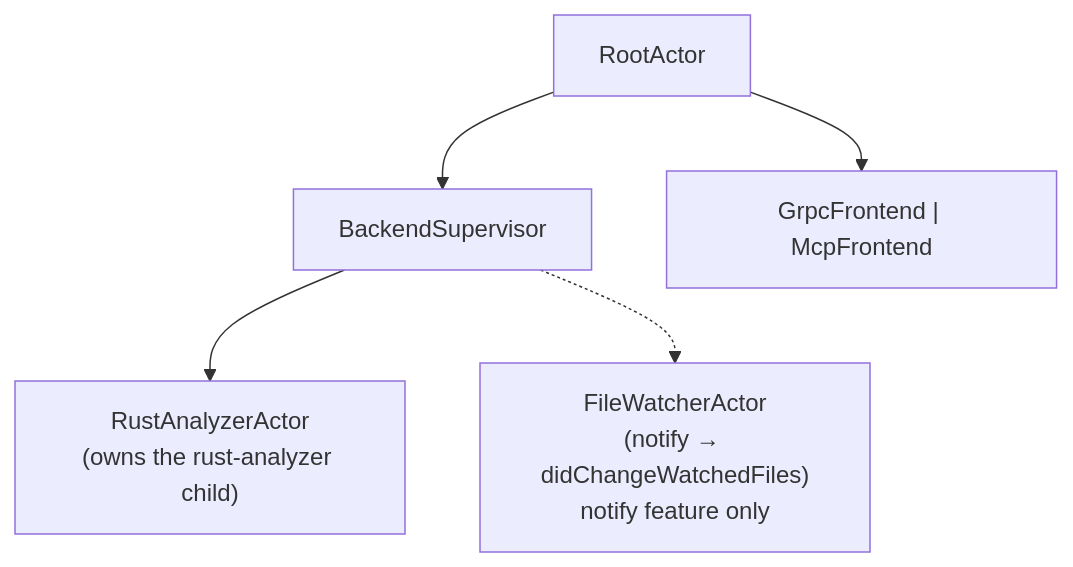
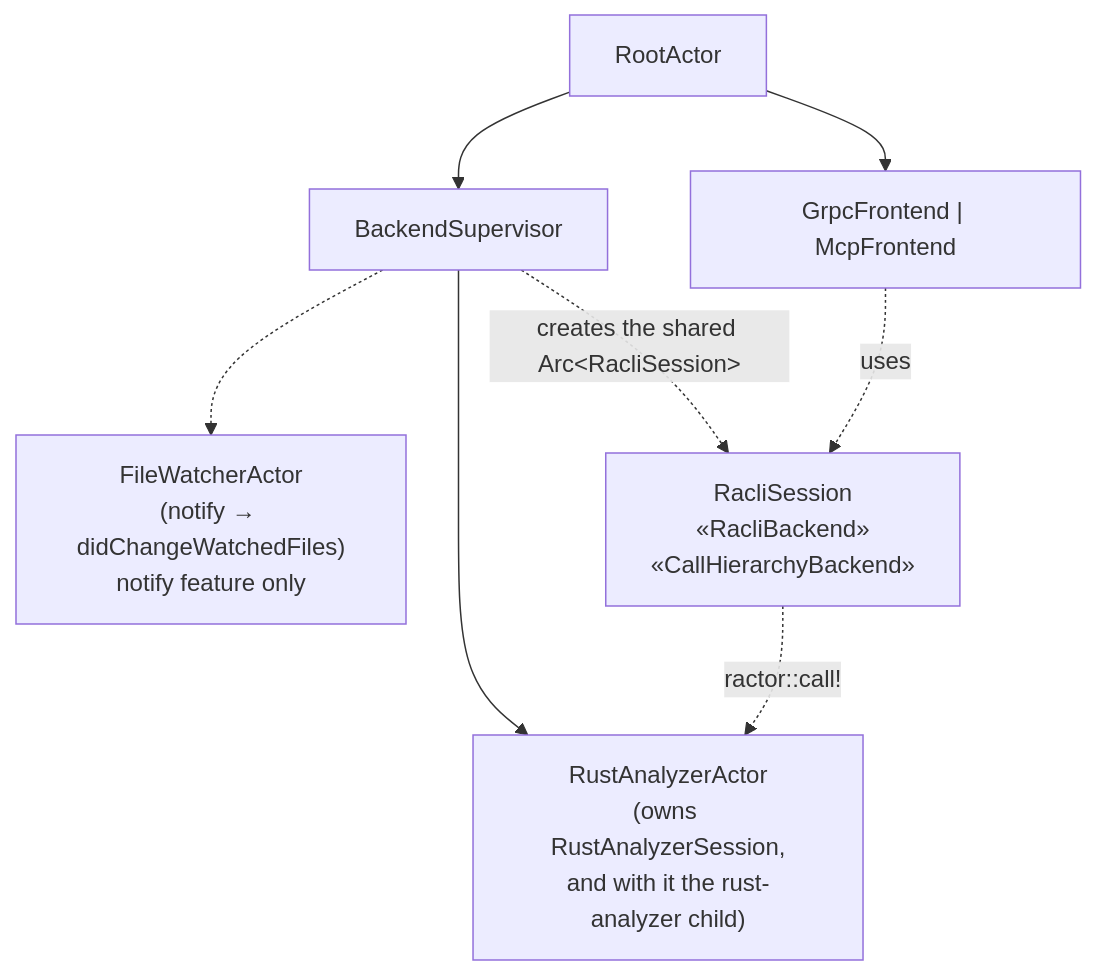
Before and after one commit to aisrael/racli: the sixth of 6 diagrams in docs/high-level-architecture.md, drawn with Mermaid. The commit also changed other lines of this file, not shown here.

First line of the commit message:
Add a main()-to-rust-analyzer diagram to the architecture doc

````diff
--- a/docs/high-level-architecture.md
+++ b/docs/high-level-architecture.md
@@ -92,7 +128,10 @@
 ```mermaid
 flowchart TD
     Root[RootActor] --> Backend[BackendSupervisor]
     Root --> Frontend["GrpcFrontend | McpFrontend"]
-    Backend --> RA["RustAnalyzerActor<br/>(owns the rust-analyzer child)"]
+    Backend --> RA["RustAnalyzerActor<br/>(owns RustAnalyzerSession,<br/>and with it the rust-analyzer child)"]
     Backend -.-> Watcher["FileWatcherActor<br/>(notify → didChangeWatchedFiles)<br/>notify feature only"]
+    Backend -.->|"creates the shared Arc#lt;RacliSession#gt;"| Session["RacliSession<br/>«RacliBackend»<br/>«CallHierarchyBackend»"]
+    Frontend -.->|"uses"| Session
+    Session -.->|"ractor::call!"| RA
 ```
````
